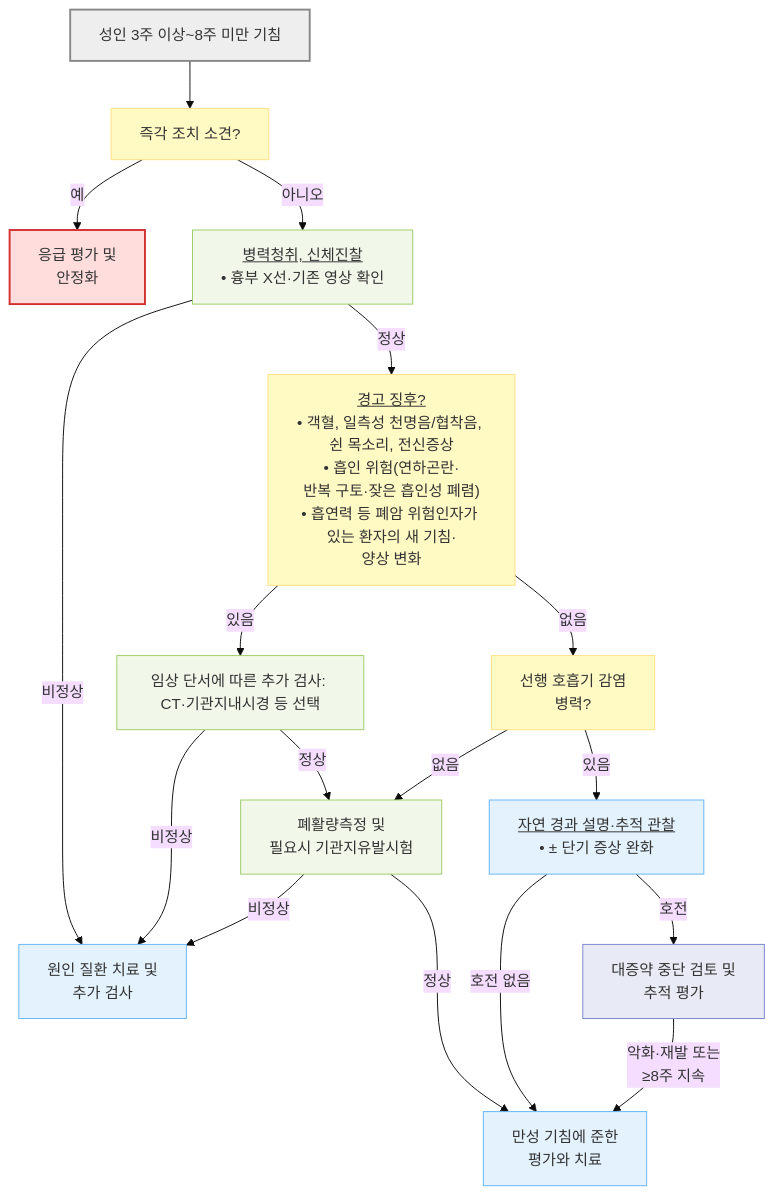
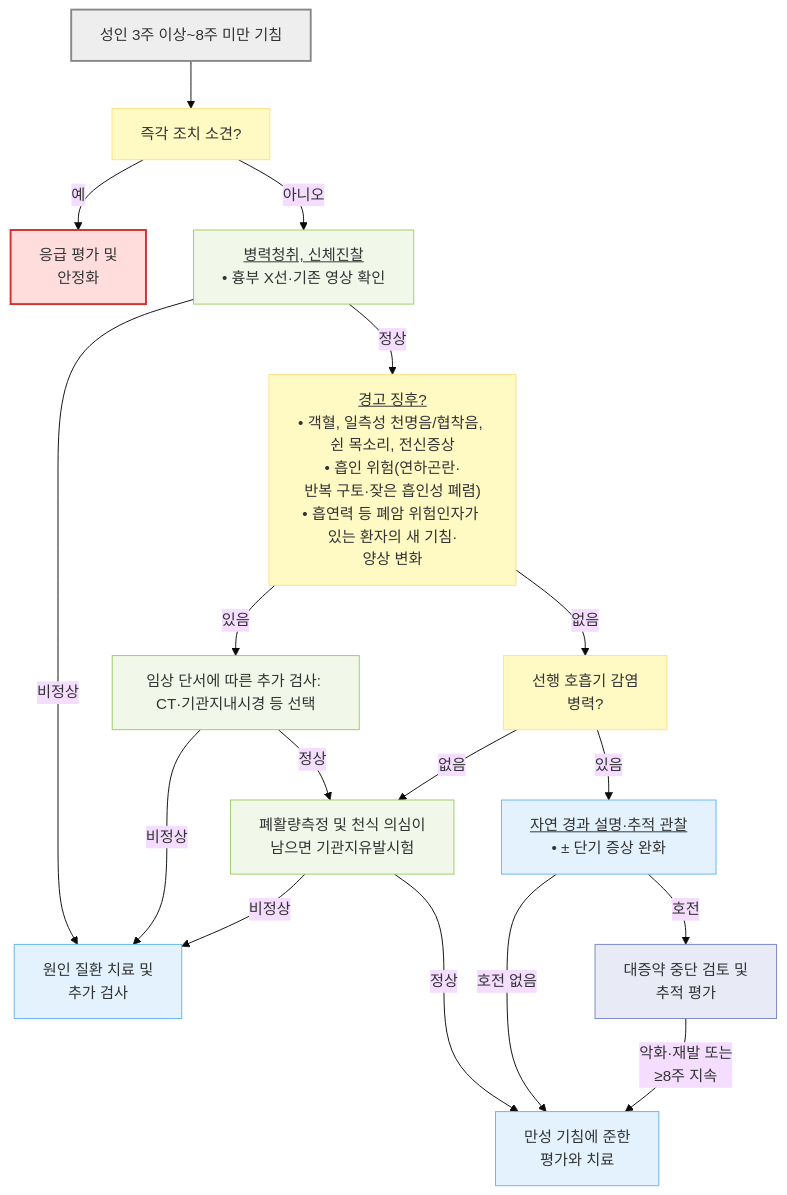
Before and after one commit to familyoh77/familyoh77: the second of 3 diagrams in 220_/006_-cough.md, drawn with Mermaid (base theme). The commit also changed other lines of this file and 5 other files, not shown here.

````diff
--- a/220_/006_-cough.md
+++ b/220_/006_-cough.md
@@ -317,32 +325,32 @@
 ```mermaid
 flowchart TD
     Start["성인 3주 이상~8주 미만 기침"] --> Urgent["즉각 조치 소견?"]
     Urgent -- "예" --> Emergency["응급 평가 및 <br/>안정화"]
     Urgent -- "아니오" --> Xray["<u>병력청취, 신체진찰</u><br/>• 흉부 X선·기존 영상 확인"]
     Xray -- "비정상" --> TreatCause["원인 질환 치료 및<br/>추가 검사"]
     Xray -- "정상" --> RedFlags["<u>경고 징후?</u><br/>• 객혈, 일측성 천명음/협착음, 쉰 목소리, 전신증상<br/>• 흡인 위험(연하곤란·<br/>반복 구토·잦은 흡인성 폐렴)<br/>• 흡연력 등 폐암 위험인자가 <br/>있는 환자의 새 기침·<br/>양상 변화"]
     RedFlags -- "있음" --> CT["임상 단서에 따른 추가 검사: CT·기관지내시경 등 선택"]
     RedFlags -- "없음" --> PostInfectious["선행 호흡기 감염 <br/>병력?"]
     CT -- "비정상" --> TreatCause
-    CT -- "정상" --> PFT["폐활량측정 및 <br/>필요시 기관지유발시험"]
+    CT -- "정상" --> PFT["폐활량측정 및 천식 의심이 <br/>남으면 기관지유발시험"]
     PFT -- "비정상" --> TreatCause
     PFT -- "정상" --> Chronic["만성 기침에 준한<br/>평가와 치료"]
     PostInfectious -- "있음" --> Symptomatic["<u>자연 경과 설명·추적 관찰</u><br/>• ± 단기 증상 완화"]
     PostInfectious -- "없음" --> PFT
     Symptomatic -- "호전" --> FollowUp["대증약 중단 검토 및<br/>추적 평가"]
     Symptomatic -- "호전 없음" --> Chronic
     FollowUp -- "악화·재발 또는 <br/>≥8주 지속" --> Chronic
     classDef start fill:#eeeeee,stroke:#888888,stroke-width:2px
     classDef question fill:#fff9c4,stroke:#ffe082
     classDef emergency fill:#ffdddd,stroke:#d32f2f,stroke-width:2px
     classDef evaluation fill:#f1f8e9,stroke:#9ccc65
     classDef treatment fill:#e3f2fd,stroke:#64b5f6
     classDef followup fill:#e8eaf6,stroke:#7986cb
     class Start start
     class Urgent,RedFlags,PostInfectious question
     class Emergency emergency
     class Xray,CT,PFT evaluation
     class TreatCause,Chronic,Symptomatic treatment
     class FollowUp followup
 
 ```
````
